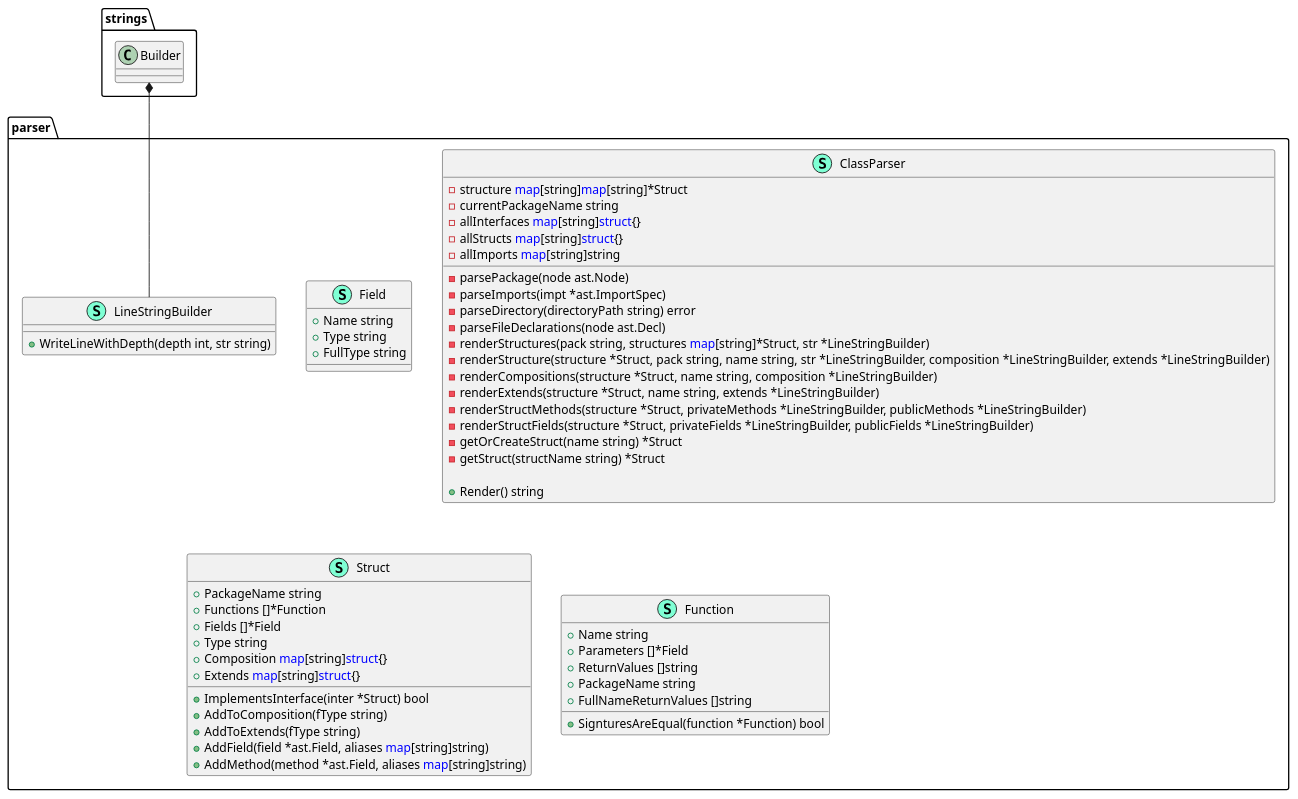
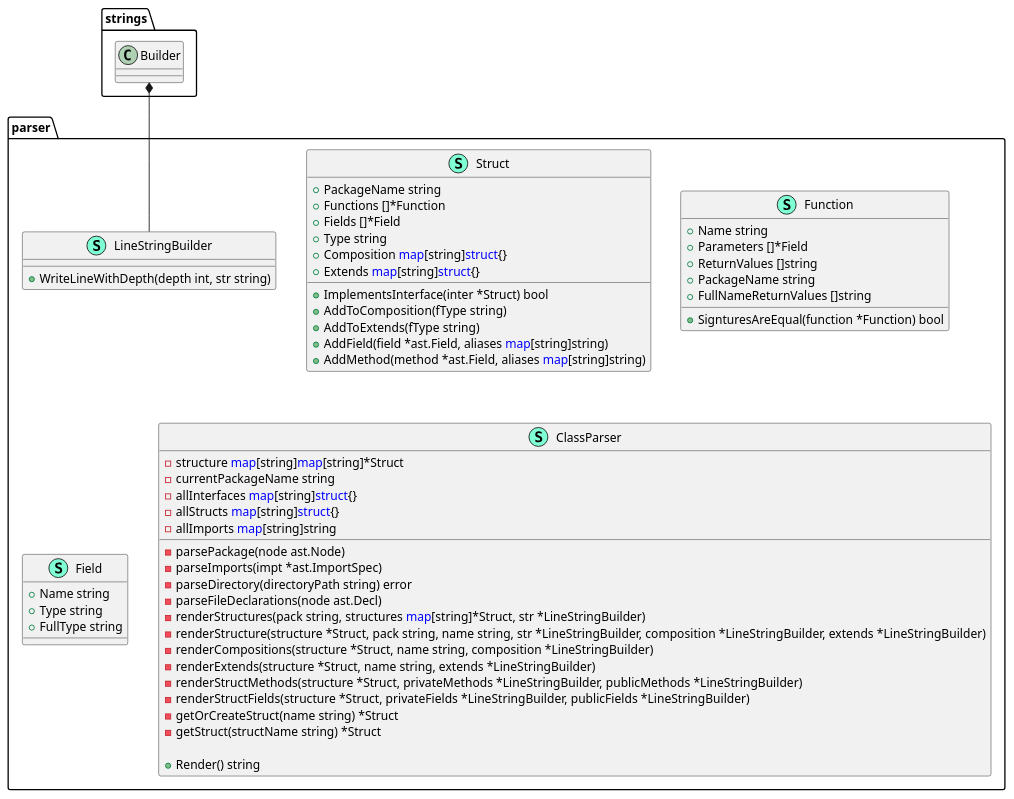
Before and after one commit to thgoexpt/PlantUML-Class-Diagram-Generator-for-golang-projects: the diagram in ClassDiagram.puml, drawn with PlantUML. The commit also changed other lines of this file and 1 other file, not shown here.

Commit message:
Fixes #2 Removed the unnecessary NewParser struct in the main.go file

```diff
--- a/ClassDiagram.puml
+++ b/ClassDiagram.puml
@@ -1,65 +1,65 @@
 @startuml
 namespace parser {
+    class Struct << (S,Aquamarine) >> {
+        + PackageName string
+        + Functions []*Function
+        + Fields []*Field
+        + Type string
+        + Composition <font color=blue>map</font>[string]<font color=blue>struct</font>{}
+        + Extends <font color=blue>map</font>[string]<font color=blue>struct</font>{}
+
+        + ImplementsInterface(inter *Struct) bool
+        + AddToComposition(fType string) 
+        + AddToExtends(fType string) 
+        + AddField(field *ast.Field, aliases <font color=blue>map</font>[string]string) 
+        + AddMethod(method *ast.Field, aliases <font color=blue>map</font>[string]string) 
+
+    }
+    class Function << (S,Aquamarine) >> {
+        + Name string
+        + Parameters []*Field
+        + ReturnValues []string
+        + PackageName string
+        + FullNameReturnValues []string
+
+        + SignturesAreEqual(function *Function) bool
+
+    }
     class Field << (S,Aquamarine) >> {
         + Name string
         + Type string
         + FullType string
 
     }
     class LineStringBuilder << (S,Aquamarine) >> {
         + WriteLineWithDepth(depth int, str string) 
 
     }
     class ClassParser << (S,Aquamarine) >> {
         - structure <font color=blue>map</font>[string]<font color=blue>map</font>[string]*Struct
         - currentPackageName string
         - allInterfaces <font color=blue>map</font>[string]<font color=blue>struct</font>{}
         - allStructs <font color=blue>map</font>[string]<font color=blue>struct</font>{}
         - allImports <font color=blue>map</font>[string]string
 
         - parsePackage(node ast.Node) 
         - parseImports(impt *ast.ImportSpec) 
         - parseDirectory(directoryPath string) error
         - parseFileDeclarations(node ast.Decl) 
         - renderStructures(pack string, structures <font color=blue>map</font>[string]*Struct, str *LineStringBuilder) 
         - renderStructure(structure *Struct, pack string, name string, str *LineStringBuilder, composition *LineStringBuilder, extends *LineStringBuilder) 
         - renderCompositions(structure *Struct, name string, composition *LineStringBuilder) 
         - renderExtends(structure *Struct, name string, extends *LineStringBuilder) 
         - renderStructMethods(structure *Struct, privateMethods *LineStringBuilder, publicMethods *LineStringBuilder) 
         - renderStructFields(structure *Struct, privateFields *LineStringBuilder, publicFields *LineStringBuilder) 
         - getOrCreateStruct(name string) *Struct
         - getStruct(structName string) *Struct
 
         + Render() string
 
     }
-    class Struct << (S,Aquamarine) >> {
-        + PackageName string
-        + Functions []*Function
-        + Fields []*Field
-        + Type string
-        + Composition <font color=blue>map</font>[string]<font color=blue>struct</font>{}
-        + Extends <font color=blue>map</font>[string]<font color=blue>struct</font>{}
-
-        + ImplementsInterface(inter *Struct) bool
-        + AddToComposition(fType string) 
-        + AddToExtends(fType string) 
-        + AddField(field *ast.Field, aliases <font color=blue>map</font>[string]string) 
-        + AddMethod(method *ast.Field, aliases <font color=blue>map</font>[string]string) 
-
-    }
-    class Function << (S,Aquamarine) >> {
-        + Name string
-        + Parameters []*Field
-        + ReturnValues []string
-        + PackageName string
-        + FullNameReturnValues []string
-
-        + SignturesAreEqual(function *Function) bool
-
-    }
 }
 strings.Builder *-- parser.LineStringBuilder
 
 
 @enduml
```
